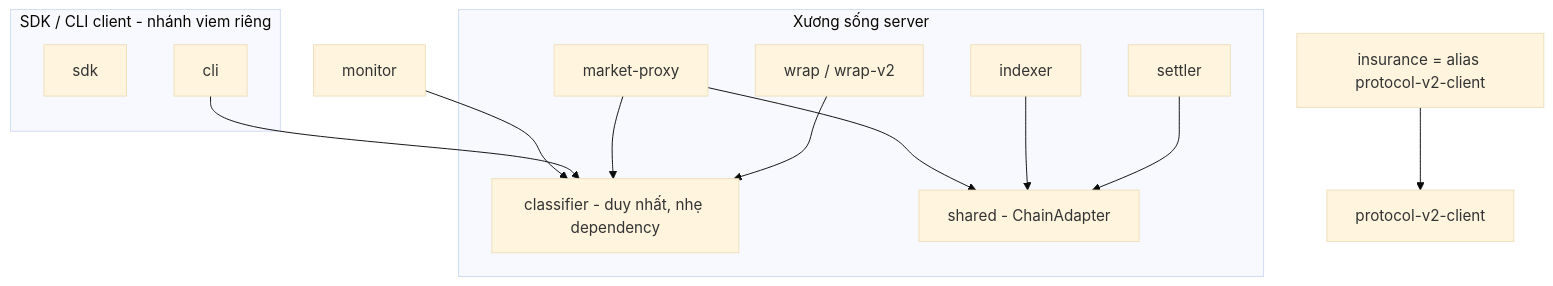
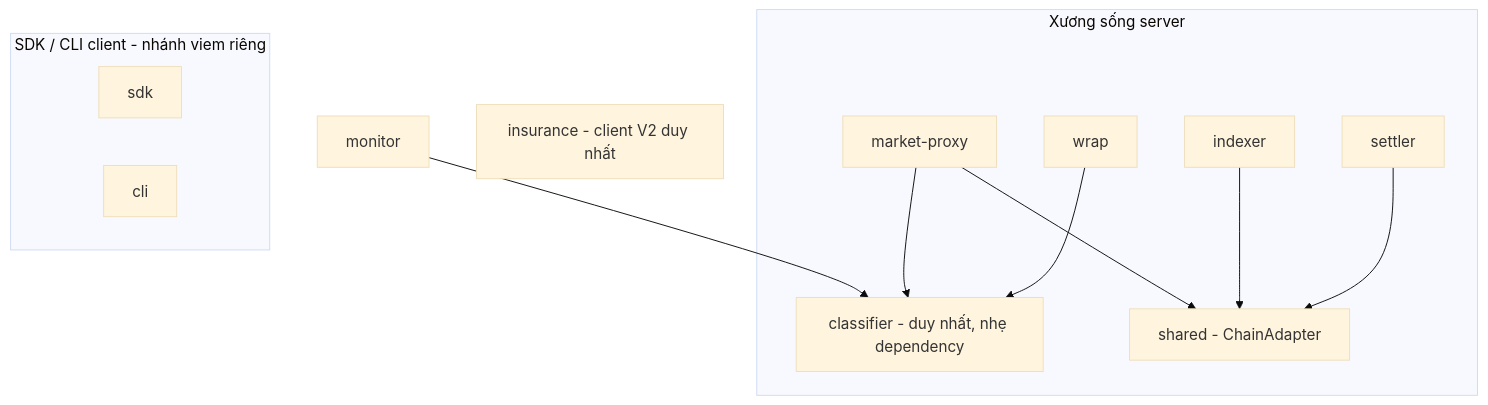
The diagram in docs/architecture/DIVERGENCE-AUDIT.vi.md (pactnetwork/pact-monitor), drawn with Mermaid (base theme) before and after one commit. The commit also changed other lines of this file and 6 other files, not shown here.

First line of the commit message:
docs(architecture): sync package breakdown + V2-removal, add per-package breakdown

````diff
--- a/docs/architecture/DIVERGENCE-AUDIT.vi.md
+++ b/docs/architecture/DIVERGENCE-AUDIT.vi.md
@@ -69,17 +72,17 @@
 ```mermaid
 graph TD
     CLS[classifier - duy nhất, nhẹ dependency]
     subgraph server["Xương sống server"]
         SH[shared - ChainAdapter]
-        W[wrap / wrap-v2] --> CLS
+        W[wrap] --> CLS
         SET[settler] --> SH
         IDX[indexer] --> SH
         MP[market-proxy] --> SH & CLS
     end
     subgraph client["SDK / CLI client - nhánh viem riêng"]
         SDK[sdk]
-        CLI[cli] --> CLS
+        CLI[cli]
     end
-    INS[insurance = alias protocol-v2-client] --> P2C[protocol-v2-client]
+    INS[insurance - client V2 duy nhất]
     MON[monitor] --> CLS
 ```
````
